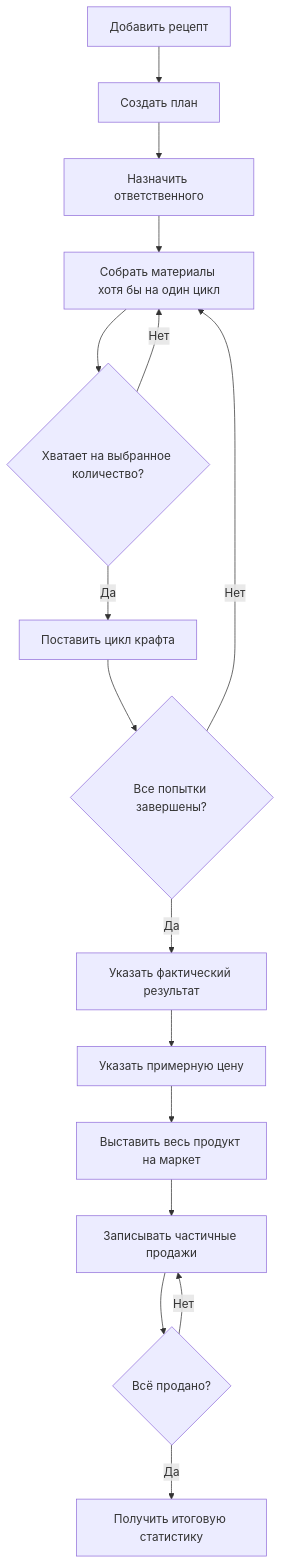
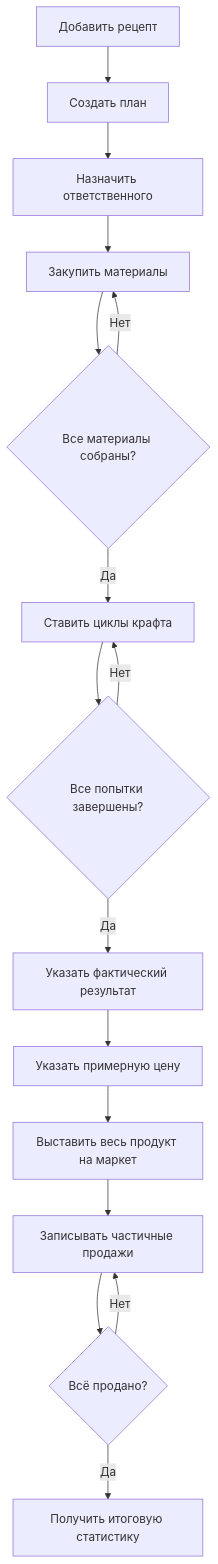
One commit to cdnserver/t-mod changed the diagram in gitbook/tvrs/craft.md. Above: the diagram before and after it, drawn with Mermaid. The commit also changed other lines of this file and 22 other files, not shown here.

````diff
--- a/gitbook/tvrs/craft.md
+++ b/gitbook/tvrs/craft.md
@@ -19,18 +17,18 @@
 ```mermaid
 flowchart TD
     A[Добавить рецепт] --> B[Создать план]
     B --> C[Назначить ответственного]
-    C --> D[Собрать материалы хотя бы на один цикл]
-    D --> E{Хватает на выбранное количество?}
+    C --> D[Закупить материалы]
+    D --> E{Все материалы собраны?}
     E -- Нет --> D
-    E -- Да --> F[Поставить цикл крафта]
+    E -- Да --> F[Ставить циклы крафта]
     F --> G{Все попытки завершены?}
-    G -- Нет --> D
+    G -- Нет --> F
     G -- Да --> H[Указать фактический результат]
     H --> I[Указать примерную цену]
     I --> J[Выставить весь продукт на маркет]
     J --> K[Записывать частичные продажи]
     K --> L{Всё продано?}
     L -- Нет --> K
     L -- Да --> M[Получить итоговую статистику]
 ```
````
